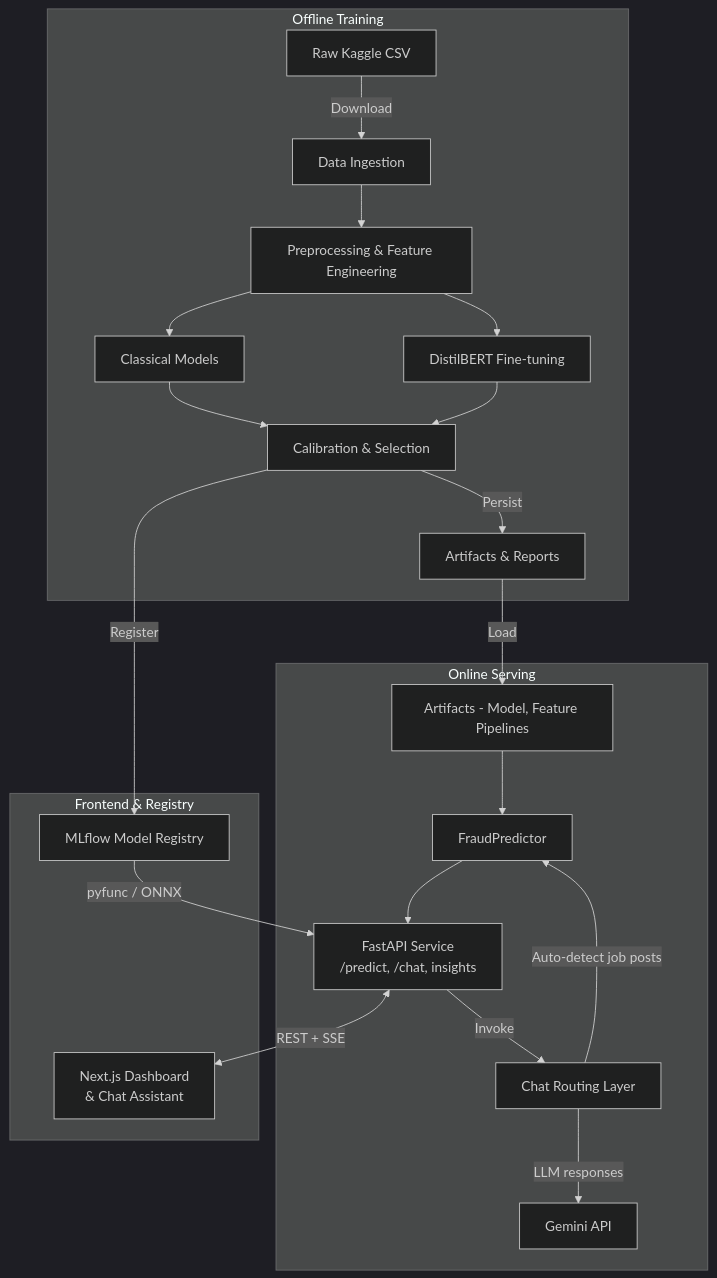
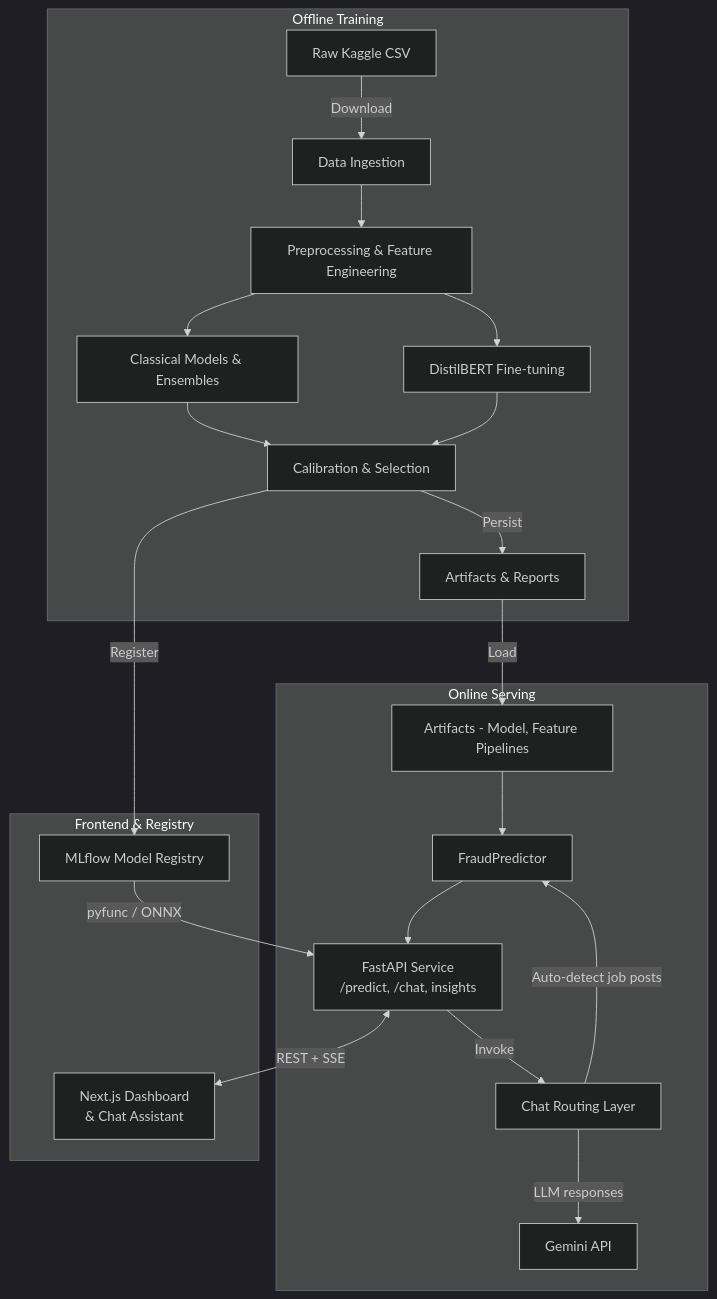
One commit to hoangsonww/Spot-the-Scam-AI-Job-Fraud changed the first of 6 diagrams in ARCHITECTURE.md. Above: the diagram before and after it, drawn with Mermaid (dark theme). The commit also changed other lines of this file and 2 other files, not shown here.

Commit message:
feat: enhance architecture and documentation with XGBoost integration, weighted ensembles, and benchmark persistence

````diff
--- a/ARCHITECTURE.md
+++ b/ARCHITECTURE.md
@@ -9,33 +9,33 @@
 ```mermaid
 flowchart TD
     subgraph Offline Training
         A1[Raw Kaggle CSV] -->|Download| A2[Data Ingestion]
         A2 --> A3[Preprocessing & Feature Engineering]
-        A3 --> A4[Classical Models]
+        A3 --> A4[Classical Models & Ensembles]
         A3 --> A5[DistilBERT Fine-tuning]
         A4 --> A6[Calibration & Selection]
         A5 --> A6
         A6 -->|Persist| A7[Artifacts & Reports]
     end
 
     subgraph Online Serving
         B1[FastAPI Service\n /predict, /chat, insights]
         B2[FraudPredictor]
         B3[Artifacts - Model, Feature Pipelines]
         B4[Gemini API]
         B5[Chat Routing Layer]
     end
     A7 -->|Load| B3
     B3 --> B2 --> B1
     B1 -->|Invoke| B5
     B5 -->|Auto-detect job posts| B2
     B5 -->|LLM responses| B4
 
     subgraph Frontend & Registry
         C1[Next.js Dashboard\n& Chat Assistant]
         C2[MLflow Model Registry]
     end
     B1 <-->|REST + SSE| C1
     A6 -->|Register| C2
     C2 -->|pyfunc / ONNX| B1
 ```
````
